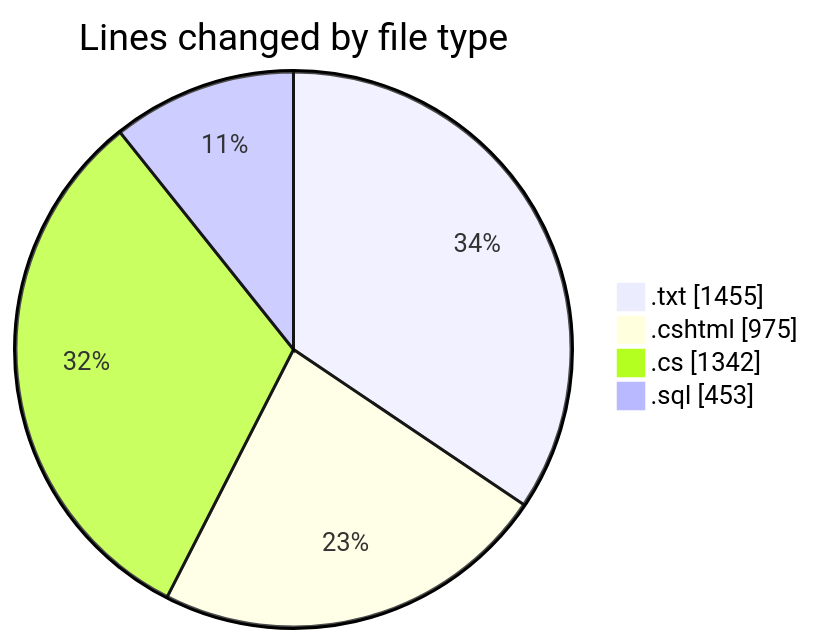
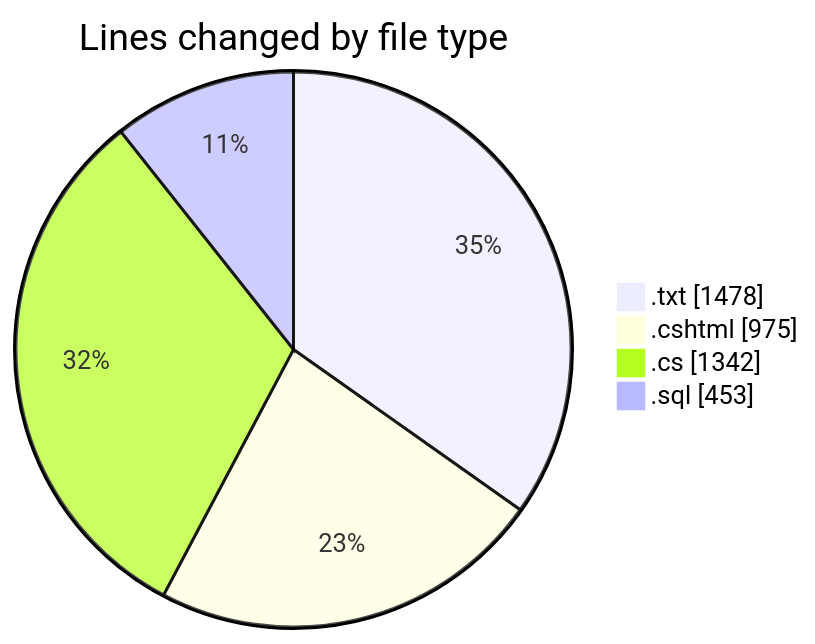
One commit to lephambinh05/code-tracking changed the first of 2 diagrams in 2025-07-25/quanlyrapchieuphim-1/README.md. Above: the diagram before and after it, drawn with Mermaid. The commit also changed other lines of this file and 1 other file, not shown here.

````diff
--- a/2025-07-25/quanlyrapchieuphim-1/README.md
+++ b/2025-07-25/quanlyrapchieuphim-1/README.md
@@ -25,8 +25,8 @@
 ```mermaid
 pie showData
 title Lines changed by file type
-".txt" : 1455
+".txt" : 1478
 ".cshtml" : 975
 ".cs" : 1342
 ".sql" : 453
 ```
````
